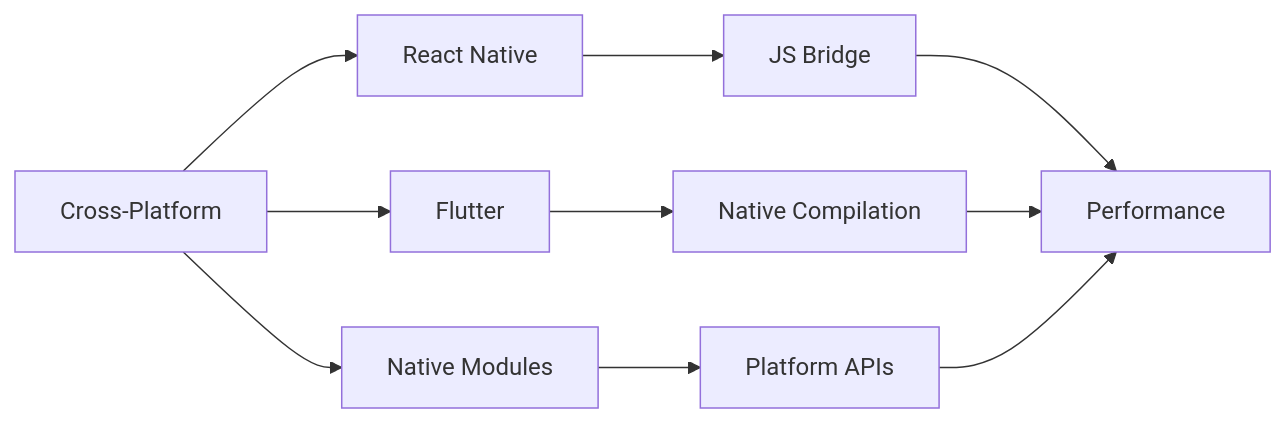
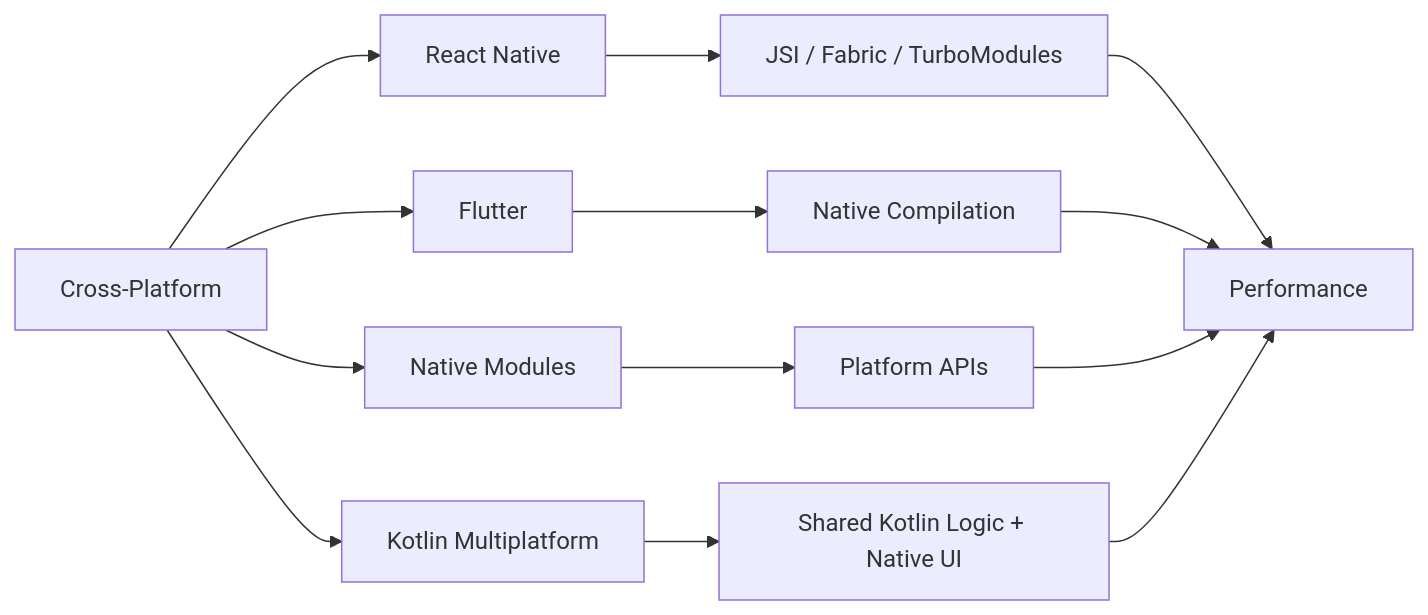
One commit to dbsectrainer/enterprise-grade-checklists changed the second of 5 diagrams in enterprise-mobile-checklist/README.md. Above: the diagram before and after it, drawn with Mermaid. The commit also changed other lines of this file and 4 other files, not shown here.

````diff
--- a/enterprise-mobile-checklist/README.md
+++ b/enterprise-mobile-checklist/README.md
@@ -50,14 +58,17 @@
 ```mermaid
 graph LR
     A[Cross-Platform] --> B[React Native]
     A --> C[Flutter]
     A --> D[Native Modules]
+    A --> I[Kotlin Multiplatform]
 
-    B --> E[JS Bridge]
+    B --> E[JSI / Fabric / TurboModules]
     C --> F[Native Compilation]
     D --> G[Platform APIs]
+    I --> J[Shared Kotlin Logic + Native UI]
 
     E --> H[Performance]
     F --> H
     G --> H
+    J --> H
 ```
````
